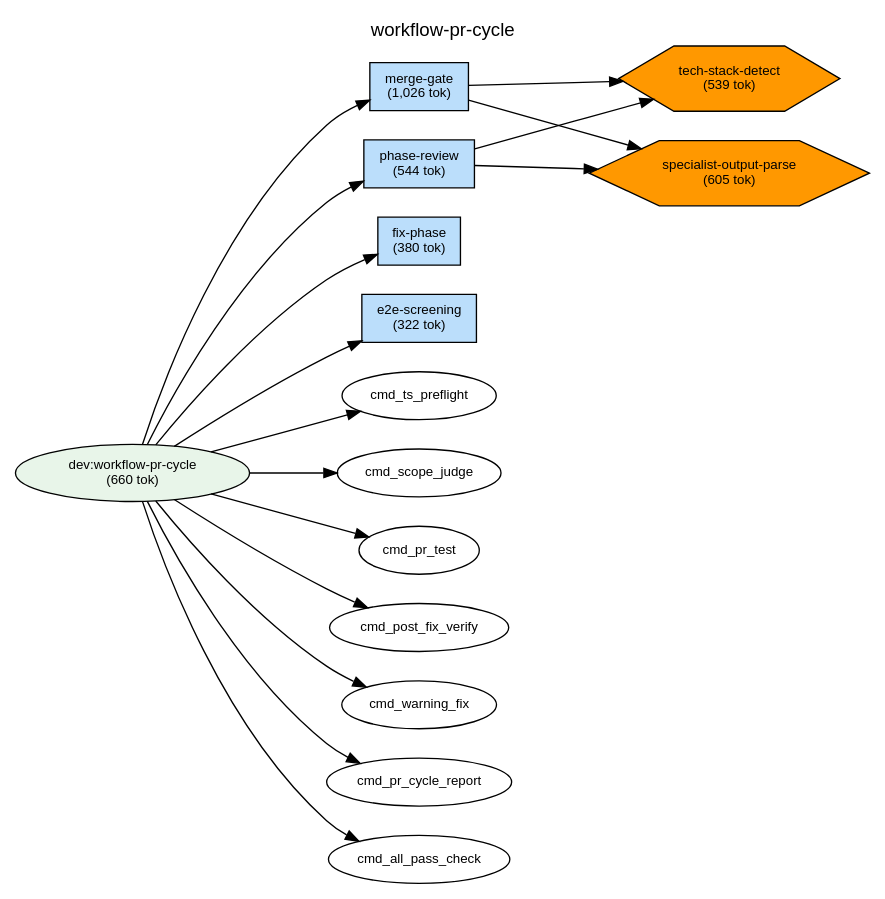
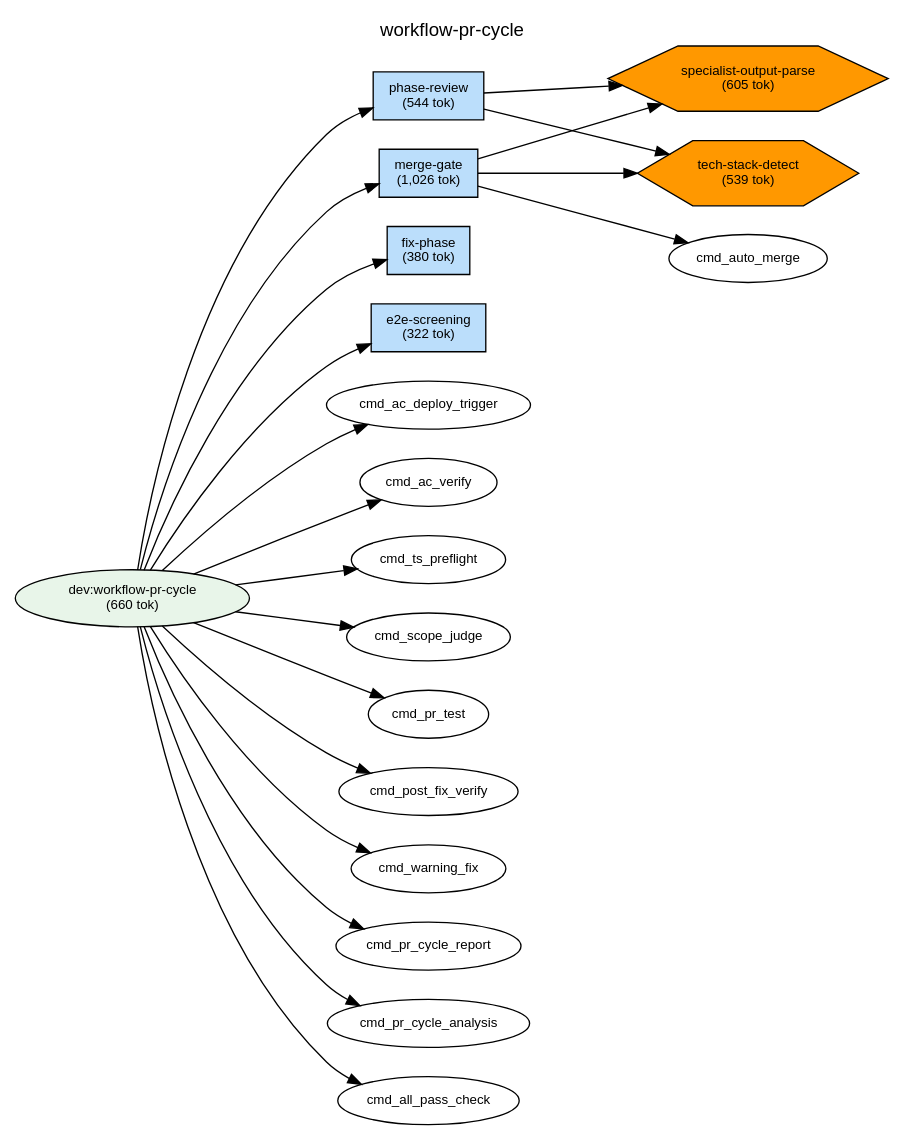
The diagram in plugins/dev/docs/deps-workflow-pr-cycle.dot (shuu5/twill), drawn with Graphviz before and after one commit. The commit also changed 37 other files, not shown here.

```diff
--- a/plugins/dev/docs/deps-workflow-pr-cycle.dot
+++ b/plugins/dev/docs/deps-workflow-pr-cycle.dot
@@ -1,60 +1,64 @@
 digraph Dependencies {
     // Graph settings
     rankdir=LR;
     ranksep=0.8;
     nodesep=0.3;
     fontname="Helvetica";
     node [fontname="Helvetica", fontsize=10];
     edge [fontname="Helvetica", fontsize=9];
     label="workflow-pr-cycle";
     labelloc=t;
     fontsize=14;
 
     // L0: Controller Skills
 
     // L0: Launchers
 
     // L0.5: Workflow Skills
     skill_workflow_pr_cycle [label="dev:workflow-pr-cycle\n(660 tok)", shape=ellipse, style=filled, fillcolor="#e8f5e9"];
 
     // Reference Skills
 
     // L1: Direct Commands
     cmd_phase_review [label="phase-review\n(544 tok)", shape=box, style=filled, fillcolor="#bbdefb"];
     cmd_fix_phase [label="fix-phase\n(380 tok)", shape=box, style=filled, fillcolor="#bbdefb"];
     cmd_e2e_screening [label="e2e-screening\n(322 tok)", shape=box, style=filled, fillcolor="#bbdefb"];
     cmd_merge_gate [label="merge-gate\n(1,026 tok)", shape=box, style=filled, fillcolor="#bbdefb"];
 
     // L2: Sub Commands
 
     // L3: Agents
 
     // L3.5: Scripts
     script_tech_stack_detect [label="tech-stack-detect\n(539 tok)", shape=hexagon, style=filled, fillcolor="#FF9800"];
     script_specialist_output_parse [label="specialist-output-parse\n(605 tok)", shape=hexagon, style=filled, fillcolor="#FF9800"];
 
     // L4: External
 
     // Layer constraints
     { rank=same; skill_workflow_pr_cycle; }
     { rank=same; cmd_phase_review; cmd_fix_phase; cmd_e2e_screening; cmd_merge_gate; }
     { rank=same; script_tech_stack_detect; script_specialist_output_parse; }
 
     // Edges
+    skill_workflow_pr_cycle -> cmd_ac_deploy_trigger;
+    skill_workflow_pr_cycle -> cmd_ac_verify;
     skill_workflow_pr_cycle -> cmd_ts_preflight;
     skill_workflow_pr_cycle -> cmd_phase_review;
     skill_workflow_pr_cycle -> cmd_scope_judge;
     skill_workflow_pr_cycle -> cmd_pr_test;
     skill_workflow_pr_cycle -> cmd_fix_phase;
     skill_workflow_pr_cycle -> cmd_post_fix_verify;
     skill_workflow_pr_cycle -> cmd_warning_fix;
     skill_workflow_pr_cycle -> cmd_e2e_screening;
     skill_workflow_pr_cycle -> cmd_pr_cycle_report;
+    skill_workflow_pr_cycle -> cmd_pr_cycle_analysis;
     skill_workflow_pr_cycle -> cmd_all_pass_check;
     skill_workflow_pr_cycle -> cmd_merge_gate;
     cmd_phase_review -> script_specialist_output_parse;
     cmd_phase_review -> script_tech_stack_detect;
     cmd_merge_gate -> script_specialist_output_parse;
     cmd_merge_gate -> script_tech_stack_detect;
+    cmd_merge_gate -> cmd_auto_merge;
 
 }
```
